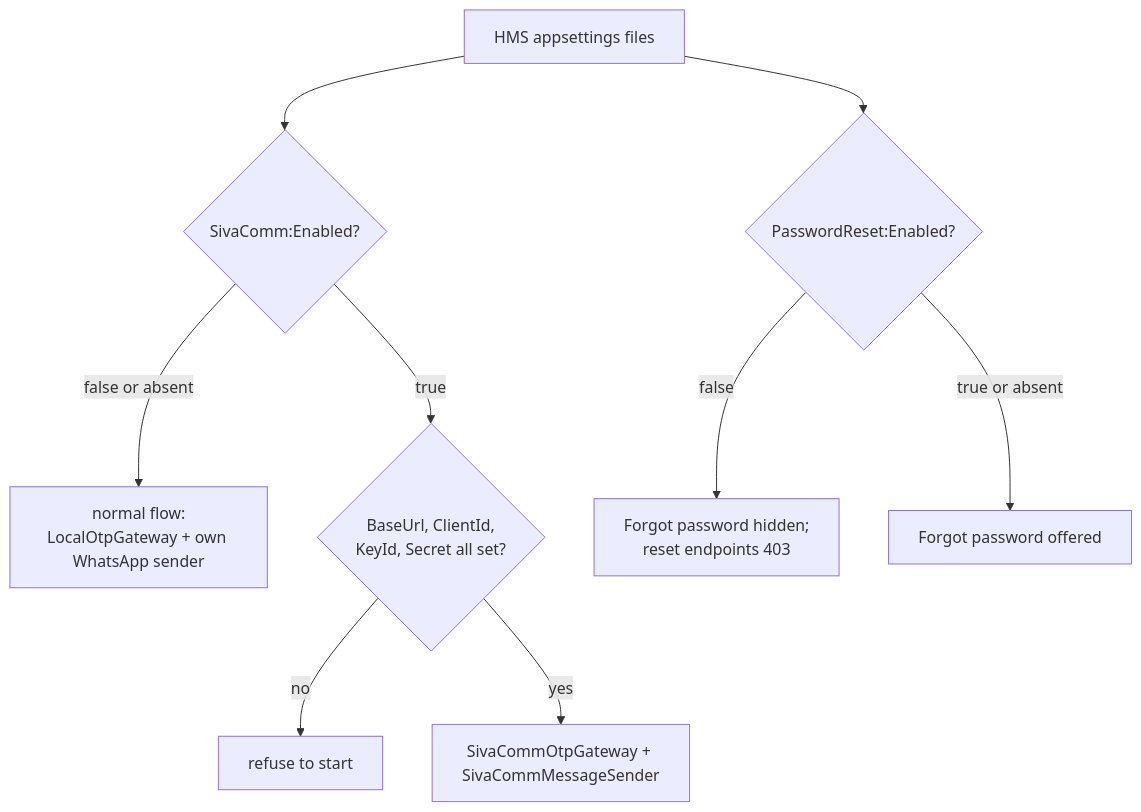
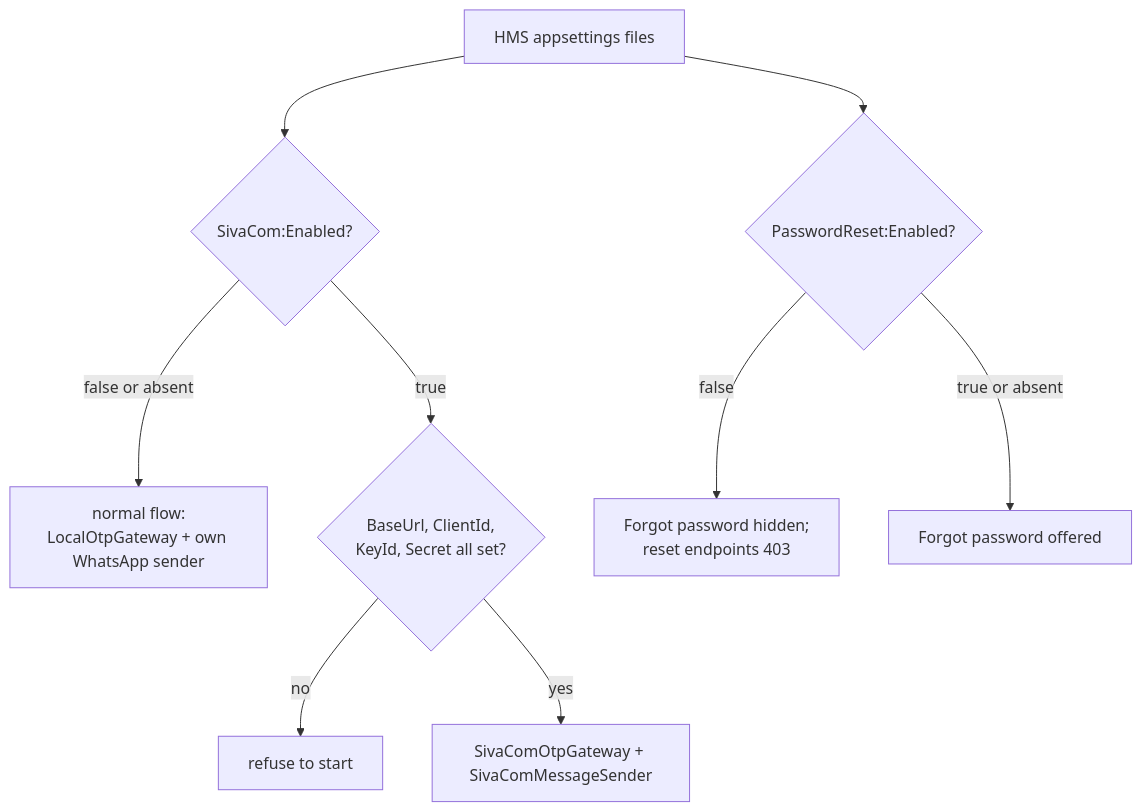
Before and after one commit to yugandharsimhadri/SivaComm: the ninth of 9 diagrams in docs/WORKFLOWS.md, drawn with Mermaid. The commit also changed other lines of this file and 127 other files, not shown here.

First line of the commit message:
Rename SivaComm to SivaCom everywhere except the database user

````diff
--- a/docs/WORKFLOWS.md
+++ b/docs/WORKFLOWS.md
@@ -523,11 +523,11 @@
 ```mermaid
 flowchart TD
-    F[HMS appsettings files] --> E{SivaComm:Enabled?}
+    F[HMS appsettings files] --> E{SivaCom:Enabled?}
     E -->|false or absent| N[normal flow:<br/>LocalOtpGateway + own WhatsApp sender]
     E -->|true| K{BaseUrl, ClientId,<br/>KeyId, Secret all set?}
     K -->|no| X[refuse to start]
-    K -->|yes| S[SivaCommOtpGateway + SivaCommMessageSender]
+    K -->|yes| S[SivaComOtpGateway + SivaComMessageSender]
     F --> R{PasswordReset:Enabled?}
     R -->|false| D[Forgot password hidden;<br/>reset endpoints 403]
     R -->|true or absent| OK[Forgot password offered]
 ```
````
